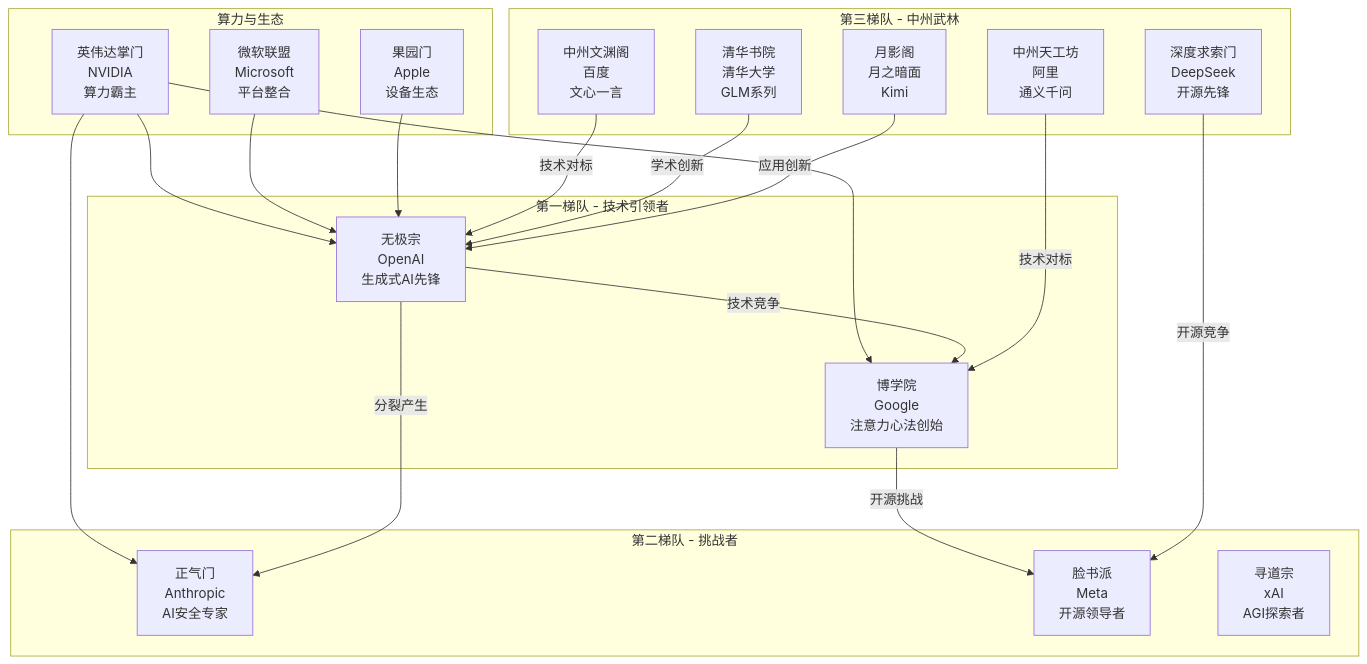
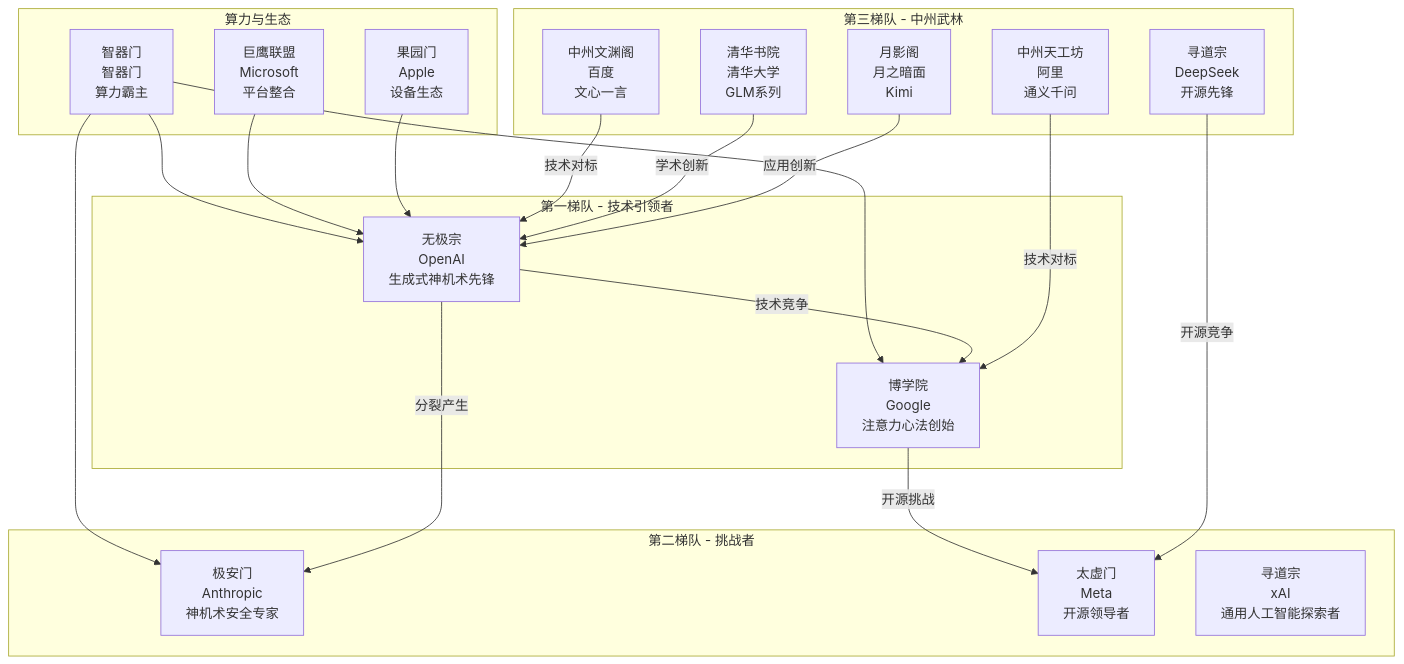
Before and after one commit to BinaryRisker/llm_wuxia: the diagram in drafts/世界观设定/势力格局.md, drawn with Mermaid. The commit also changed other lines of this file and 81 other files, not shown here.

````diff
--- a/drafts/世界观设定/势力格局.md
+++ b/drafts/世界观设定/势力格局.md
@@ -19,43 +19,43 @@
 ```mermaid
 graph TD
     subgraph "第一梯队 - 技术引领者"
-        A[无极宗<br/>OpenAI<br/>生成式AI先锋]
+        A[无极宗<br/>OpenAI<br/>生成式神机术先锋]
         B[博学院<br/>Google<br/>注意力心法创始]
     end
     
     subgraph "第二梯队 - 挑战者"
-        C[正气门<br/>Anthropic<br/>AI安全专家]
-        D[脸书派<br/>Meta<br/>开源领导者]
-        E[寻道宗<br/>xAI<br/>AGI探索者]
+        C[极安门<br/>Anthropic<br/>神机术安全专家]
+        D[太虚门<br/>Meta<br/>开源领导者]
+        E[寻道宗<br/>xAI<br/>通用人工智能探索者]
     end
     
     subgraph "第三梯队 - 中州武林"
         F[中州文渊阁<br/>百度<br/>文心一言]
         G[中州天工坊<br/>阿里<br/>通义千问]
         H[清华书院<br/>清华大学<br/>GLM系列]
         I[月影阁<br/>月之暗面<br/>Kimi]
-        J[深度求索门<br/>DeepSeek<br/>开源先锋]
+        J[寻道宗<br/>DeepSeek<br/>开源先锋]
     end
     
     subgraph "算力与生态"
-        K[英伟达掌门<br/>NVIDIA<br/>算力霸主]
+        K[智器门<br/>智器门<br/>算力霸主]
         L[果园门<br/>Apple<br/>设备生态]
-        M[微软联盟<br/>Microsoft<br/>平台整合]
+        M[巨鹰联盟<br/>Microsoft<br/>平台整合]
     end
     
     K --> A
     K --> B
     K --> C
     M --> A
     L --> A
     
     A --> |技术竞争| B
     A --> |分裂产生| C
     B --> |开源挑战| D
     
     F --> |技术对标| A
     G --> |技术对标| B
     H --> |学术创新| A
     I --> |应用创新| A
     J --> |开源竞争| D
 ```
````
